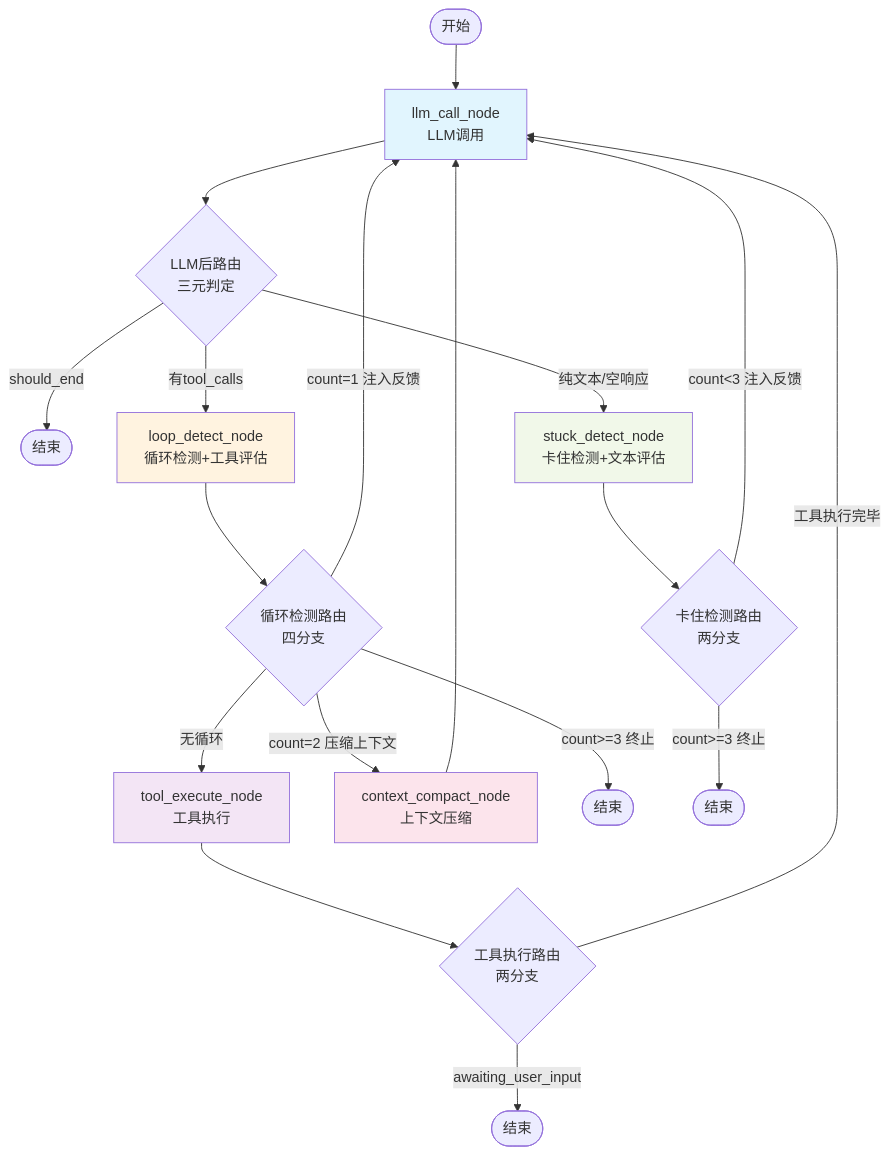
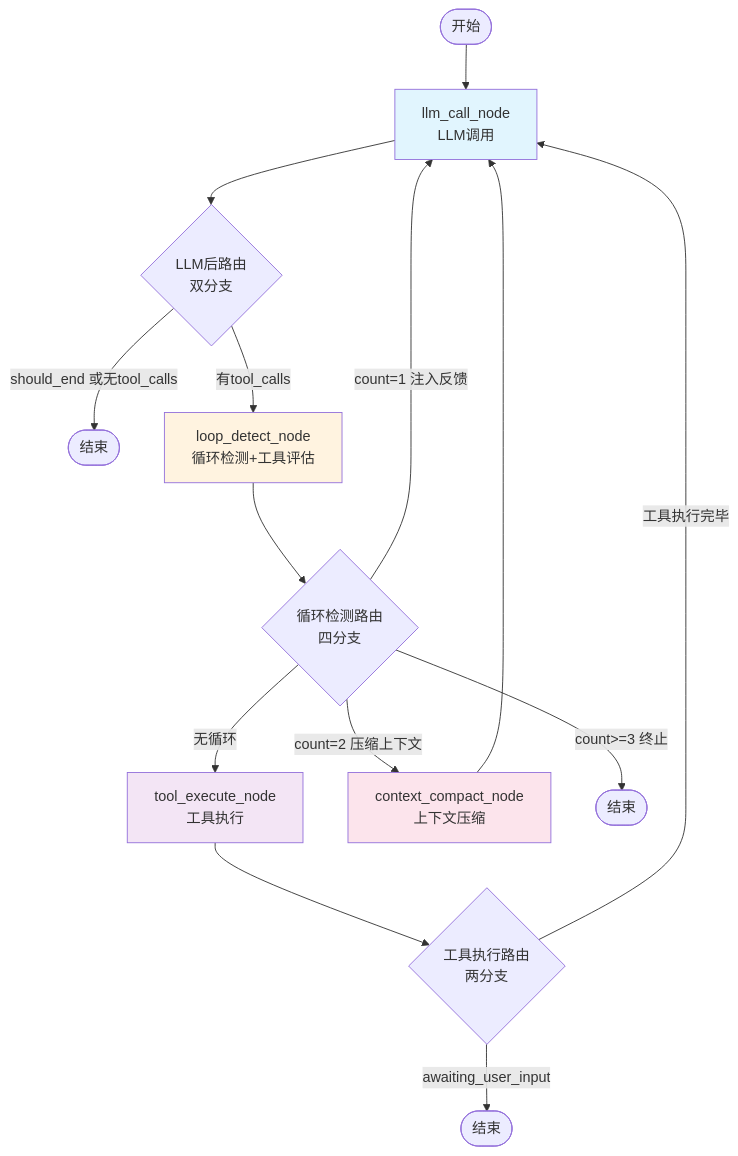
Before and after one commit to solarest/yanyun-agent: the diagram in docs/langgraph-workflow.md, drawn with Mermaid. The commit also changed other lines of this file and 6 other files, not shown here.

````diff
--- a/docs/langgraph-workflow.md
+++ b/docs/langgraph-workflow.md
@@ -11,32 +13,26 @@
 ```mermaid
 graph TB
     Start([开始]) --> llm_call["llm_call_node<br/>LLM调用"]
     
-    llm_call --> route_after_llm{LLM后路由<br/>三元判定}
+    llm_call --> route_after_llm{LLM后路由<br/>双分支}
     
-    route_after_llm -->|should_end| End0([结束])
+    route_after_llm -->|should_end 或无tool_calls| End0([结束])
     route_after_llm -->|有tool_calls| loop_detect["loop_detect_node<br/>循环检测+工具评估"]
-    route_after_llm -->|纯文本/空响应| stuck_detect["stuck_detect_node<br/>卡住检测+文本评估"]
     
     loop_detect --> route_loop{循环检测路由<br/>四分支}
     route_loop -->|无循环| tool_execute["tool_execute_node<br/>工具执行"]
     route_loop -->|count=1 注入反馈| llm_call
     route_loop -->|count=2 压缩上下文| context_compact["context_compact_node<br/>上下文压缩"]
     route_loop -->|count>=3 终止| End1([结束])
     
     tool_execute --> route_tool{工具执行路由<br/>两分支}
     route_tool -->|awaiting_user_input| End2([结束])
     route_tool -->|工具执行完毕| llm_call
 
-    stuck_detect --> route_stuck{卡住检测路由<br/>两分支}
-    route_stuck -->|count<3 注入反馈| llm_call
-    route_stuck -->|count>=3 终止| End3([结束])
-    
     context_compact --> llm_call
     
     style llm_call fill:#e1f5fe
     style tool_execute fill:#f3e5f5
     style loop_detect fill:#fff3e0
     style context_compact fill:#fce4ec
-    style stuck_detect fill:#f1f8e9
 ```
````
